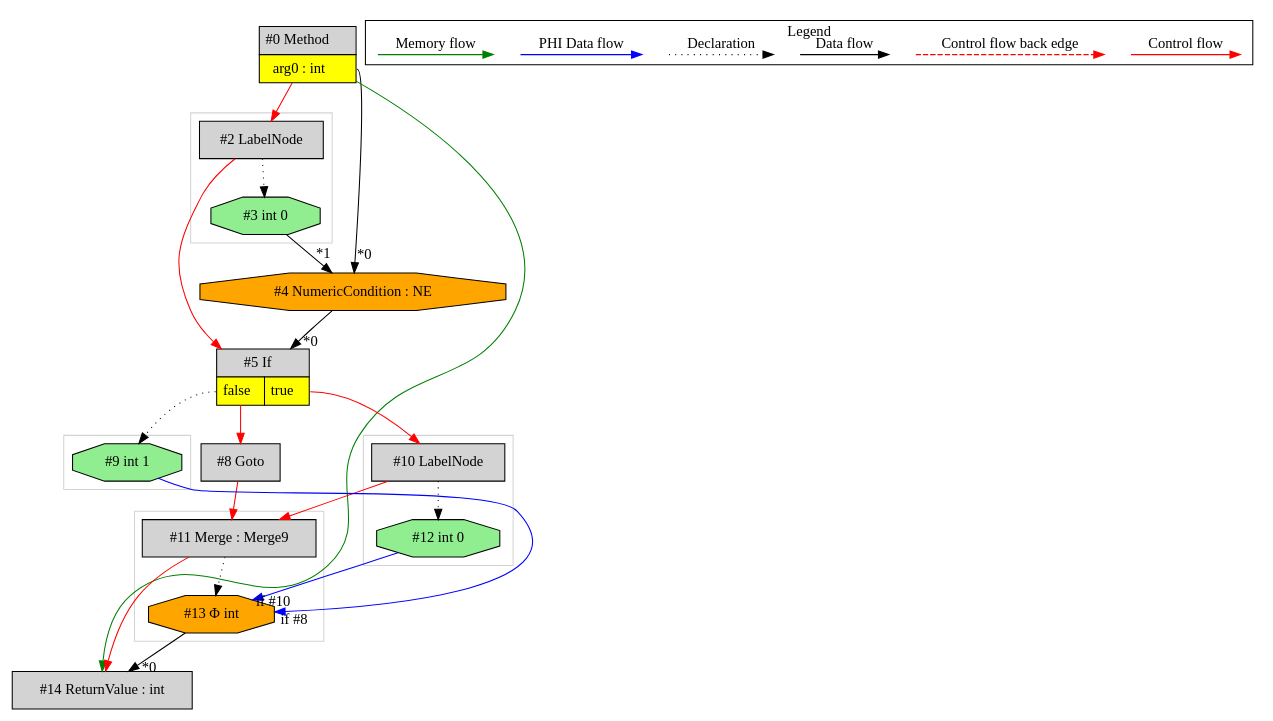
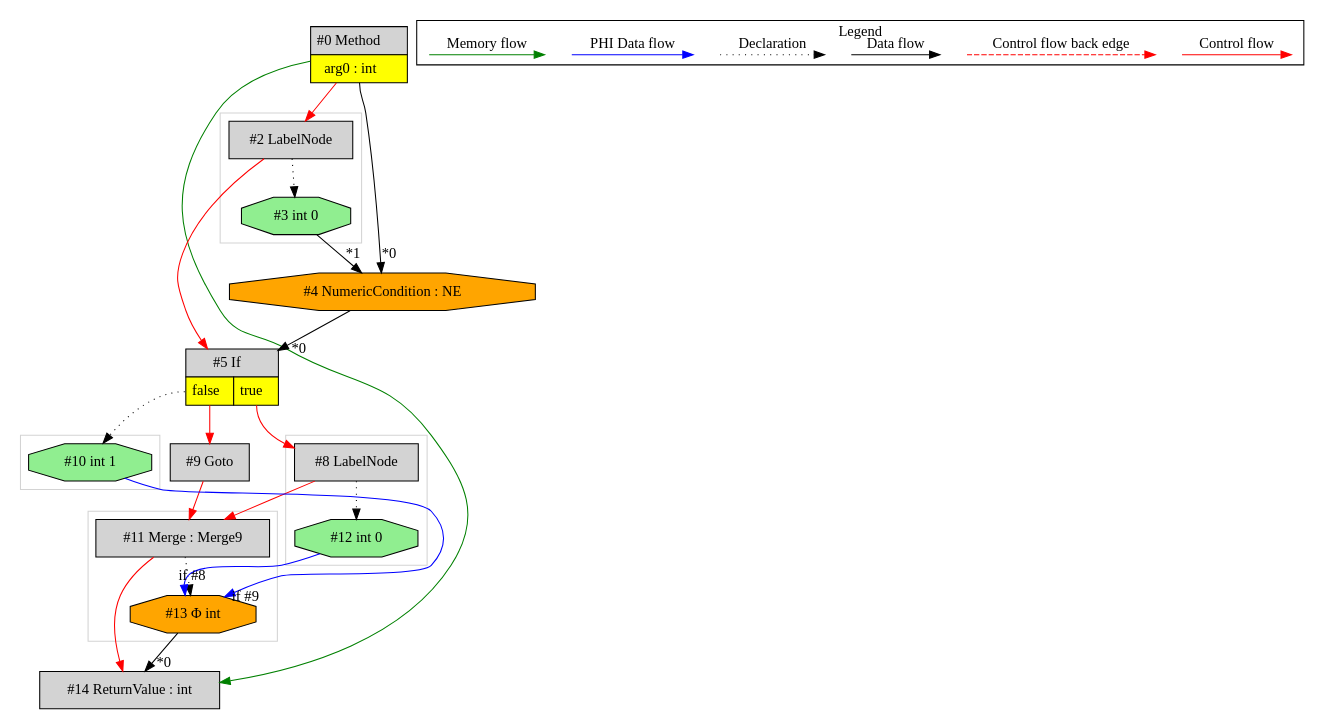
One commit to mirkosertic/MetaIR changed the diagram in de.mirkosertic.metair.ir.examples.MethodInvokeTest/staticReturnBoolean/ir.dot. Above: the diagram before and after it, drawn with Graphviz. The commit also changed 1213 other files, not shown here.

```diff
--- a/de.mirkosertic.metair.ir.examples.MethodInvokeTest/staticReturnBoolean/ir.dot
+++ b/de.mirkosertic.metair.ir.examples.MethodInvokeTest/staticReturnBoolean/ir.dot
@@ -1,78 +1,78 @@
 digraph {
  ordering="in";
  node0[margin="0", label=<<table border="0" cellborder="1" cellspacing="0" cellpadding="5"><tr><td colspan="1">#0 Method</td></tr><tr><td port="prj1" bgcolor="yellow">arg0 : int</td></tr></table>>,shape=none, fillcolor=lightgrey, style=filled];
- node2[label="#2 LabelNode",shape=box, fillcolor=lightgrey, style=filled];
- node0 -> node2[labeldistance=2, color=red, fontcolor=red];
- node5[margin="0", label=<<table border="0" cellborder="1" cellspacing="0" cellpadding="5"><tr><td colspan="2">#5 If</td></tr><tr><td port="prj6" bgcolor="yellow">false</td><td port="prj7" bgcolor="yellow">true</td></tr></table>>,shape=none, fillcolor=lightgrey, style=filled];
- node4 -> node5[headlabel="*0", labeldistance=2];
- node2 -> node5[labeldistance=2, color=red, fontcolor=red];
- node4[label="#4 NumericCondition : NE",shape=octagon, fillcolor=orange, style=filled];
- node0:prj1 -> node4[headlabel="*0", labeldistance=2];
- node3 -> node4[headlabel="*1", labeldistance=2];
- node3[label="#3 int 0",shape=octagon, fillcolor=lightgreen, style=filled];
- node2 -> node3[style=dotted];
- node10[label="#10 LabelNode",shape=box, fillcolor=lightgrey, style=filled];
- node5:prj7 -> node10[labeldistance=2, color=red, fontcolor=red];
- node11[label="#11 Merge : Merge9",shape=box, fillcolor=lightgrey, style=filled];
- node8 -> node11[labeldistance=2, color=red, fontcolor=red];
- node10 -> node11[labeldistance=2, color=red, fontcolor=red];
- node8[label="#8 Goto",shape=box, fillcolor=lightgrey, style=filled];
- node5:prj6 -> node8[labeldistance=2, color=red, fontcolor=red];
- node9[label="#9 int 1",shape=octagon, fillcolor=lightgreen, style=filled];
- node5:prj6 -> node9[style=dotted];
- node13[label="#13 Φ int",shape=octagon, fillcolor=orange, style=filled];
- node11 -> node13[style=dotted];
- node9 -> node13[headlabel="if #8", labeldistance=2, color=blue, constraint=false];
- node12 -> node13[headlabel="if #10", labeldistance=2, color=blue, constraint=false];
- node12[label="#12 int 0",shape=octagon, fillcolor=lightgreen, style=filled];
- node10 -> node12[style=dotted];
  node14[label="#14 ReturnValue : int",shape=box, fillcolor=lightgrey, style=filled];
  node13 -> node14[headlabel="*0", labeldistance=2];
  node11 -> node14[labeldistance=2, color=red, fontcolor=red];
  node0 -> node14[labeldistance=2, color=green, constraint=false];
+ node11[label="#11 Merge : Merge9",shape=box, fillcolor=lightgrey, style=filled];
+ node9 -> node11[labeldistance=2, color=red, fontcolor=red];
+ node8 -> node11[labeldistance=2, color=red, fontcolor=red];
+ node8[label="#8 LabelNode",shape=box, fillcolor=lightgrey, style=filled];
+ node5:prj6 -> node8[labeldistance=2, color=red, fontcolor=red];
+ node5[margin="0", label=<<table border="0" cellborder="1" cellspacing="0" cellpadding="5"><tr><td colspan="2">#5 If</td></tr><tr><td port="prj7" bgcolor="yellow">false</td><td port="prj6" bgcolor="yellow">true</td></tr></table>>,shape=none, fillcolor=lightgrey, style=filled];
+ node4 -> node5[headlabel="*0", labeldistance=2];
+ node2 -> node5[labeldistance=2, color=red, fontcolor=red];
+ node2[label="#2 LabelNode",shape=box, fillcolor=lightgrey, style=filled];
+ node0 -> node2[labeldistance=2, color=red, fontcolor=red];
+ node3[label="#3 int 0",shape=octagon, fillcolor=lightgreen, style=filled];
+ node2 -> node3[style=dotted];
+ node4[label="#4 NumericCondition : NE",shape=octagon, fillcolor=orange, style=filled];
+ node0:prj1 -> node4[headlabel="*0", labeldistance=2];
+ node3 -> node4[headlabel="*1", labeldistance=2];
+ node10[label="#10 int 1",shape=octagon, fillcolor=lightgreen, style=filled];
+ node5:prj7 -> node10[style=dotted];
+ node13[label="#13 Φ int",shape=octagon, fillcolor=orange, style=filled];
+ node11 -> node13[style=dotted];
+ node10 -> node13[headlabel="if #9", labeldistance=2, color=blue, constraint=false];
+ node12 -> node13[headlabel="if #8", labeldistance=2, color=blue, constraint=false];
+ node12[label="#12 int 0",shape=octagon, fillcolor=lightgreen, style=filled];
+ node8 -> node12[style=dotted];
+ node9[label="#9 Goto",shape=box, fillcolor=lightgrey, style=filled];
+ node5:prj7 -> node9[labeldistance=2, color=red, fontcolor=red];
  subgraph cluster_0 {
   color=lightgray;
-  node9;
+  node2;
+  node3;
  }
  subgraph cluster_1 {
   color=lightgray;
-  node10;
+  node8;
   node12;
  }
  subgraph cluster_2 {
   color=lightgray;
   node11;
   node13;
  }
  subgraph cluster_3 {
   color=lightgray;
-  node2;
-  node3;
+  node10;
  }
  subgraph cluster_000 {
   label = "Legend";
   node [shape=point]
   {
    rank=same;
    c0 [style = invis];
    c1 [style = invis];
    c2 [style = invis];
    c3 [style = invis];
    d0 [style = invis];
    d1 [style = invis];
    d2 [style = invis];
    d3 [style = invis];
    d4 [style = invis];
    d5 [style = invis];
    d6 [style = invis];
    d7 [style = invis];
   }
   c0 -> c1 [label="Control flow", style=solid, color=red]
   c2 -> c3 [label="Control flow back edge", style=dashed, color=red]
   d0 -> d1 [label="Data flow"]
   d2 -> d3 [label="Declaration", style=dotted]
   d4 -> d5 [label="PHI Data flow", color=blue]
   d6 -> d7 [label="Memory flow", color=green]
  }
 
 }
```
